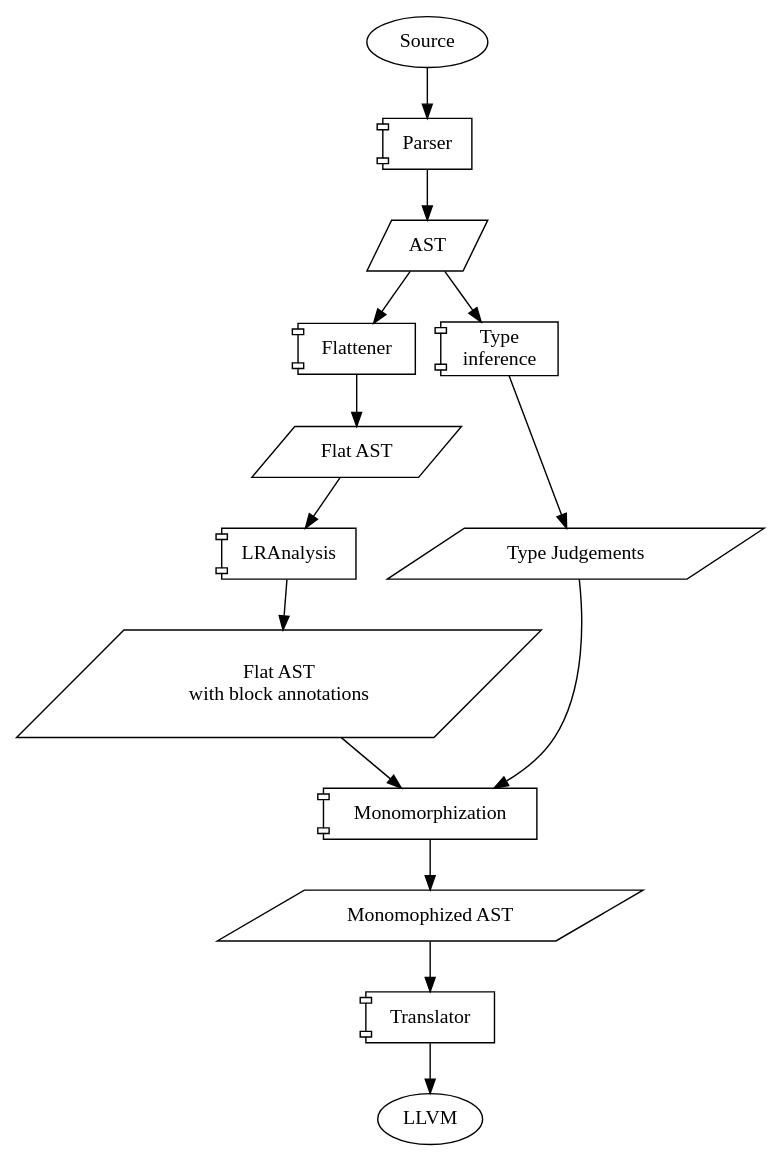
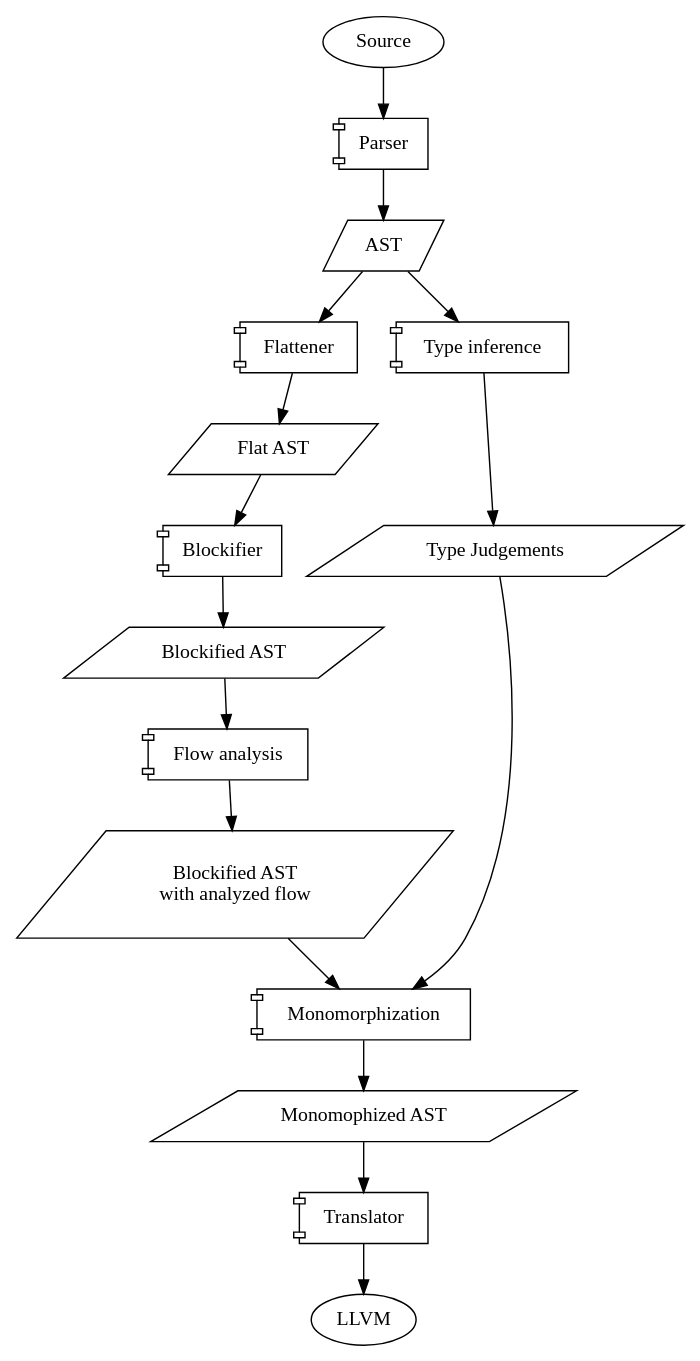
One commit to jiriklepl/masters-thesis-code changed the diagram in doc/diagram.dot. Above: the diagram before and after it, drawn with Graphviz. The commit also changed 1 other file, not shown here.

Commit message:
updated the diagrams

```diff
--- a/doc/diagram.dot
+++ b/doc/diagram.dot
@@ -1,40 +1,43 @@
 digraph {
     subgraph ends {
         node [shape="ellipse"]
 
         Source
         LLVM
     }
 
     subgraph data {
         node [shape="parallelogram"]
 
         AST
         Judgements [label="Type Judgements"]
         FlatAST [label="Flat AST"]
-        FlatASTAnnots [label="Flat AST\nwith block annotations"]
+        BlockifiedAST [label="Blockified AST"]
+        BlockifiedASTAnnots [label="Blockified AST\nwith analyzed flow"]
         MonoAST [label="Monomophized AST"]
     }
 
     subgraph components {
         node [shape="component"]
 
         Parser
         Flattener
-        Infer [label="Type\ninference"]
-        LRAnalysis
+        Infer [label="Type inference"]
+        Blockifier
+        FlowAnalysis [label="Flow analysis"]
         Monomorphization
         Translator
     }
 
     subgraph decisions {
         node [shape="diamond"]
     }
 
     Source -> Parser -> AST
     AST -> Flattener -> FlatAST
     AST -> Infer -> Judgements -> Monomorphization
-    FlatAST -> LRAnalysis -> FlatASTAnnots
-    FlatASTAnnots -> Monomorphization -> MonoAST
+    FlatAST -> Blockifier -> BlockifiedAST
+    BlockifiedAST -> FlowAnalysis -> BlockifiedASTAnnots
+    BlockifiedASTAnnots -> Monomorphization -> MonoAST
     MonoAST -> Translator -> LLVM
 }
```
